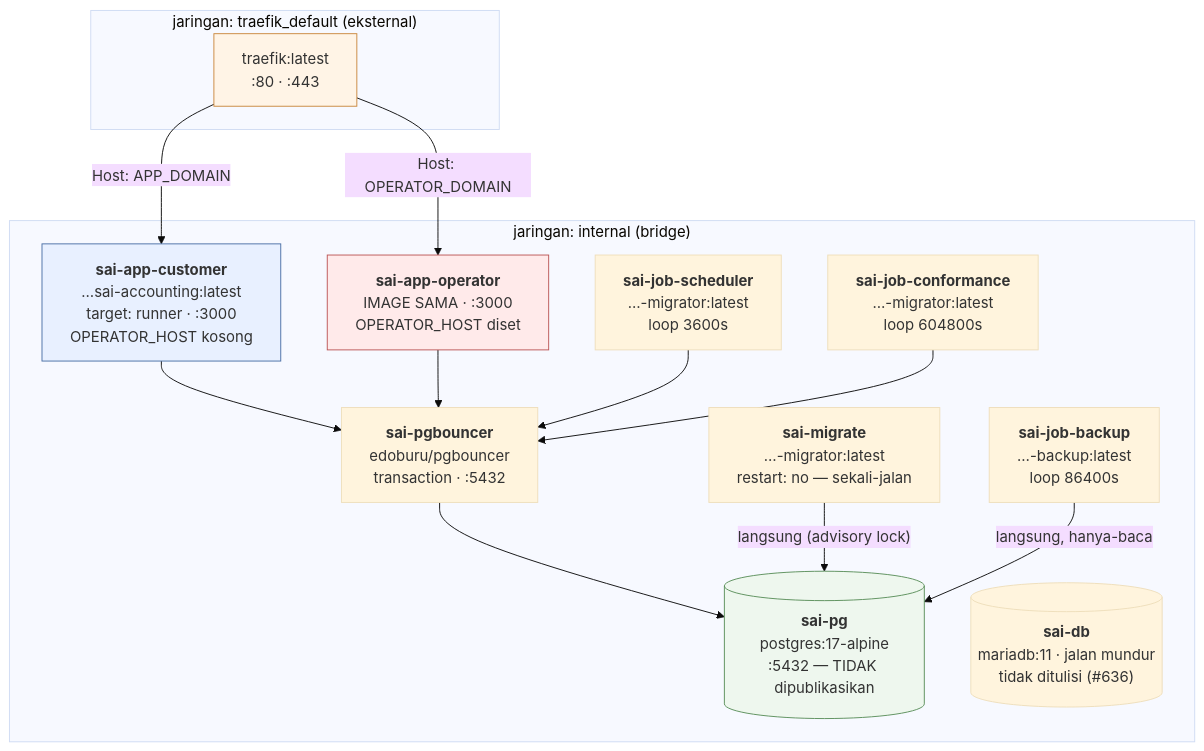
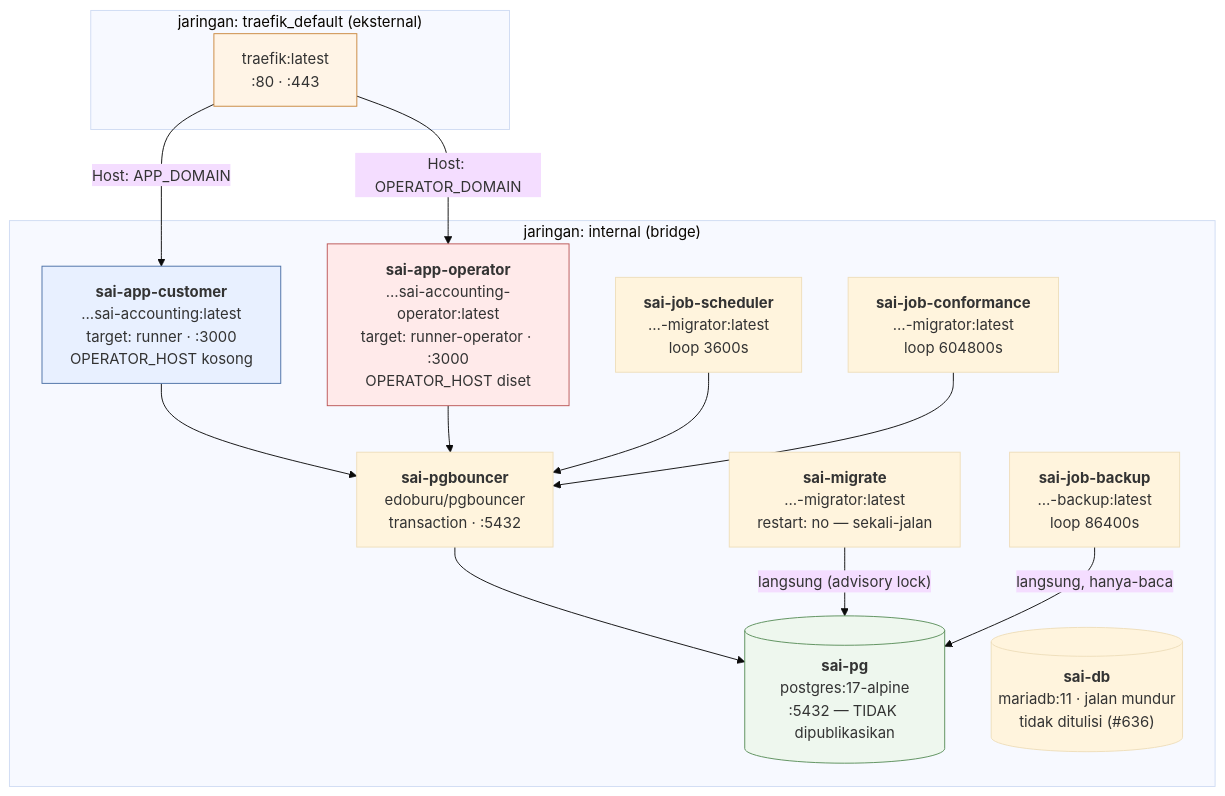
The diagram in docs/arsitektur/03-INVENTARIS-LAYANAN.md (tri-evendi/sai-accounting), drawn with Mermaid (base theme) before and after one commit. The commit also changed other lines of this file and 43 other files, not shown here.

````diff
--- a/docs/arsitektur/03-INVENTARIS-LAYANAN.md
+++ b/docs/arsitektur/03-INVENTARIS-LAYANAN.md
@@ -92,33 +87,33 @@
 ```mermaid
 graph TB
     subgraph net_traefik["jaringan: traefik_default (eksternal)"]
         TR["traefik:latest<br/>:80 · :443"]
     end
 
     subgraph net_internal["jaringan: internal (bridge)"]
         WEBC["<b>sai-app-customer</b><br/>…sai-accounting:latest<br/>target: runner · :3000<br/>OPERATOR_HOST kosong"]
-        WEBO["<b>sai-app-operator</b><br/>IMAGE SAMA · :3000<br/>OPERATOR_HOST diset"]
+        WEBO["<b>sai-app-operator</b><br/>…sai-accounting-operator:latest<br/>target: runner-operator · :3000<br/>OPERATOR_HOST diset"]
         MIG["<b>sai-migrate</b><br/>…-migrator:latest<br/>restart: no — sekali-jalan"]
         SCH["<b>sai-job-scheduler</b><br/>…-migrator:latest<br/>loop 3600s"]
         CON["<b>sai-job-conformance</b><br/>…-migrator:latest<br/>loop 604800s"]
         BAK["<b>sai-job-backup</b><br/>…-backup:latest<br/>loop 86400s"]
         PGB["<b>sai-pgbouncer</b><br/>edoburu/pgbouncer<br/>transaction · :5432"]
         DB[("<b>sai-pg</b><br/>postgres:17-alpine<br/>:5432 — TIDAK dipublikasikan")]
         OLD[("<b>sai-db</b><br/>mariadb:11 · jalan mundur<br/>tidak ditulisi (#636)")]
     end
 
     TR -->|"Host: APP_DOMAIN"| WEBC
     TR -->|"Host: OPERATOR_DOMAIN"| WEBO
     WEBC --> PGB
     WEBO --> PGB
     SCH --> PGB
     CON --> PGB
     PGB --> DB
     MIG -->|"langsung (advisory lock)"| DB
     BAK -->|"langsung, hanya-baca"| DB
 
     style TR fill:#fff4e6,stroke:#c9873d
     style WEBC fill:#e8f0ff,stroke:#4a6fa5
     style WEBO fill:#ffeaea,stroke:#b55
     style DB fill:#eef7ee,stroke:#5a8f5a
 ```
````
